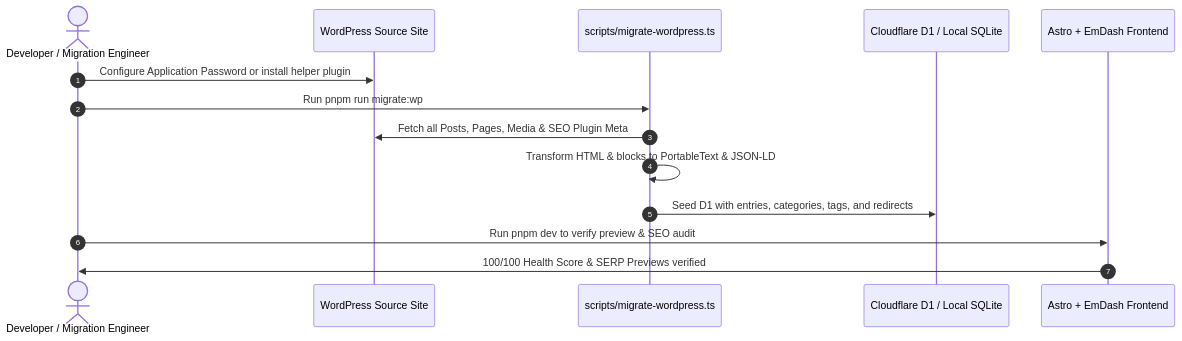
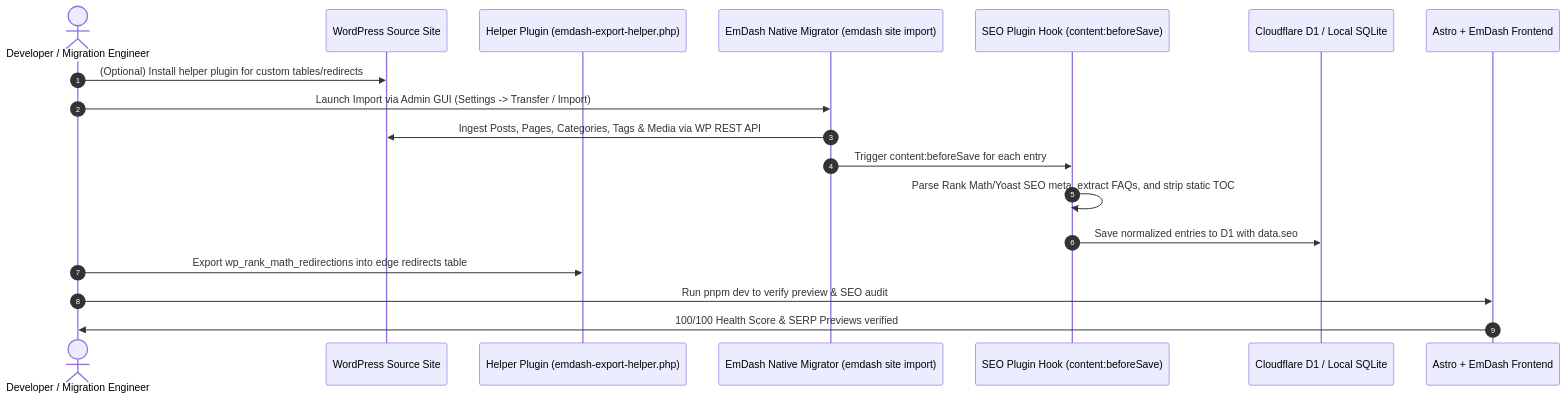
One commit to alibakhtiari/emdash-seo changed the diagram in docs/MIGRATION_PLAN.md. Above: the diagram before and after it, drawn with Mermaid. The commit also changed other lines of this file and 9 other files, not shown here.

Commit message:
docs: add EmDash built-in SEO reference, native comparison guide, and documentation audit

````diff
--- a/docs/MIGRATION_PLAN.md
+++ b/docs/MIGRATION_PLAN.md
@@ -120,17 +121,21 @@
 ```mermaid
 sequenceDiagram
     autonumber
     actor Admin as Developer / Migration Engineer
     participant WP as WordPress Source Site
-    participant Script as scripts/migrate-wordpress.ts
+    participant Helper as Helper Plugin (emdash-export-helper.php)
+    participant Migrator as EmDash Native Migrator (emdash site import)
+    participant Hook as SEO Plugin Hook (content:beforeSave)
     participant D1 as Cloudflare D1 / Local SQLite
     participant Astro as Astro + EmDash Frontend
 
-    Admin->>WP: Configure Application Password or install helper plugin
-    Admin->>Script: Run pnpm run migrate:wp
-    Script->>WP: Fetch all Posts, Pages, Media & SEO Plugin Meta
-    Script->>Script: Transform HTML & blocks to PortableText & JSON-LD
-    Script->>D1: Seed D1 with entries, categories, tags, and redirects
+    Admin->>WP: (Optional) Install helper plugin for custom tables/redirects
+    Admin->>Migrator: Launch Import via Admin GUI (Settings -> Transfer / Import)
+    Migrator->>WP: Ingest Posts, Pages, Categories, Tags & Media via WP REST API
+    Migrator->>Hook: Trigger content:beforeSave for each entry
+    Hook->>Hook: Parse Rank Math/Yoast SEO meta, extract FAQs, and strip static TOC
+    Hook->>D1: Save normalized entries to D1 with data.seo
+    Admin->>Helper: Export wp_rank_math_redirections into edge redirects table
     Admin->>Astro: Run pnpm dev to verify preview & SEO audit
     Astro->>Admin: 100/100 Health Score & SERP Previews verified
 ```
````
